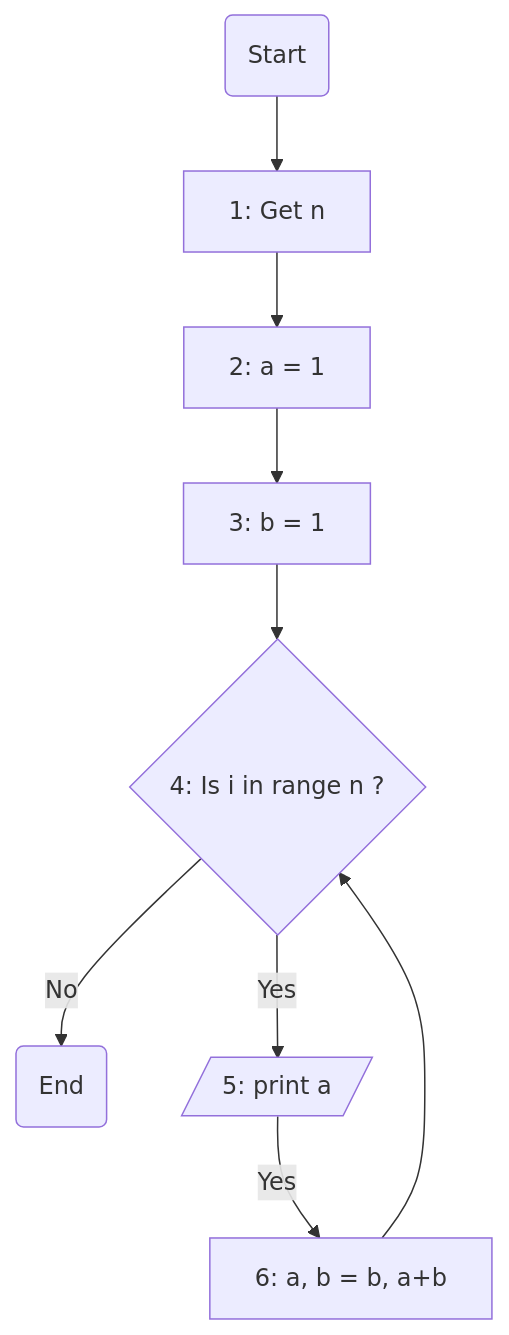
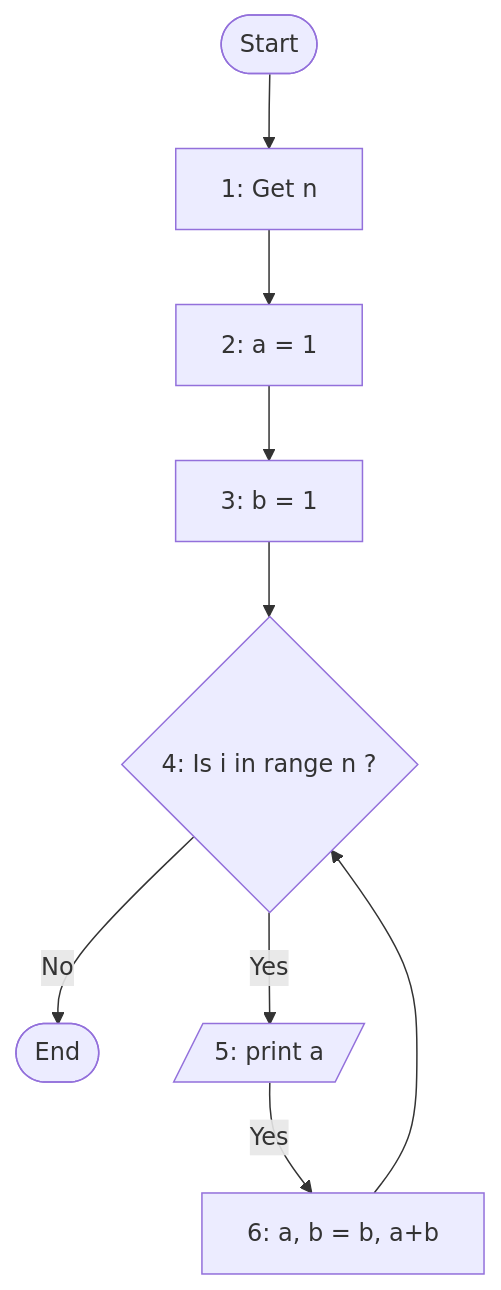
One commit to hayyaun/kids changed the diagram in helps/exercise-3-3.md. Above: the diagram before and after it, drawn with Mermaid. The commit also changed 4 other files, not shown here.

````diff
--- a/helps/exercise-3-3.md
+++ b/helps/exercise-3-3.md
@@ -42,14 +42,16 @@
 ```mermaid
 flowchart TD
     A("Start") --> E["1: Get n"]
     E --> F["2: a = 1"]
     F --> n1["3: b = 1"]
     G{"4: Is i in range n ?"} -- No --> Z("End")
     G -- Yes --> H["5: print a"]
     H -- Yes --> J["6: a, b = b, a+b"]
     n1 --> G
     J --> G
 
     n1@{ shape: rect}
     H@{ shape: in-out}
+    Z@{ shape: terminal}
+    A@{ shape: terminal}
 ```
````
